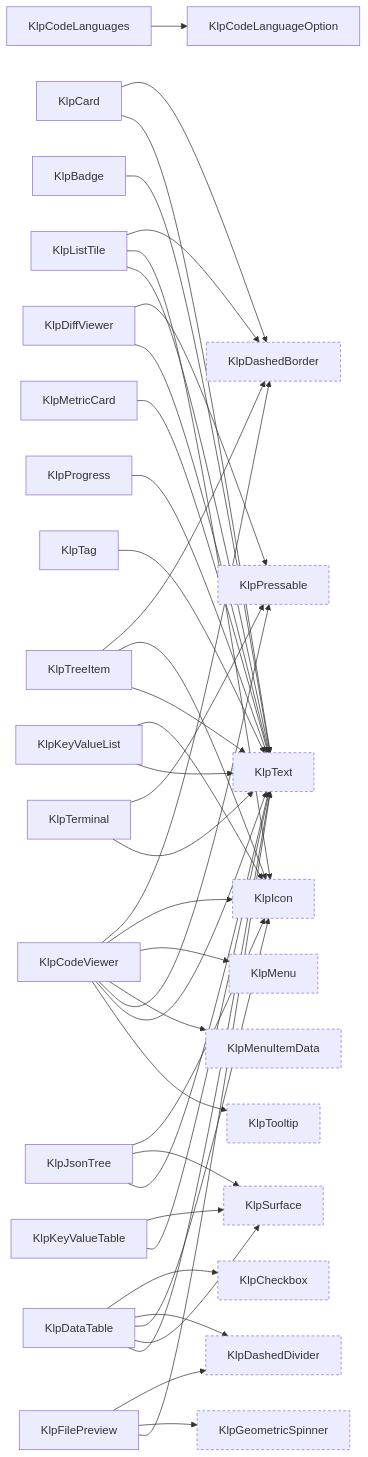
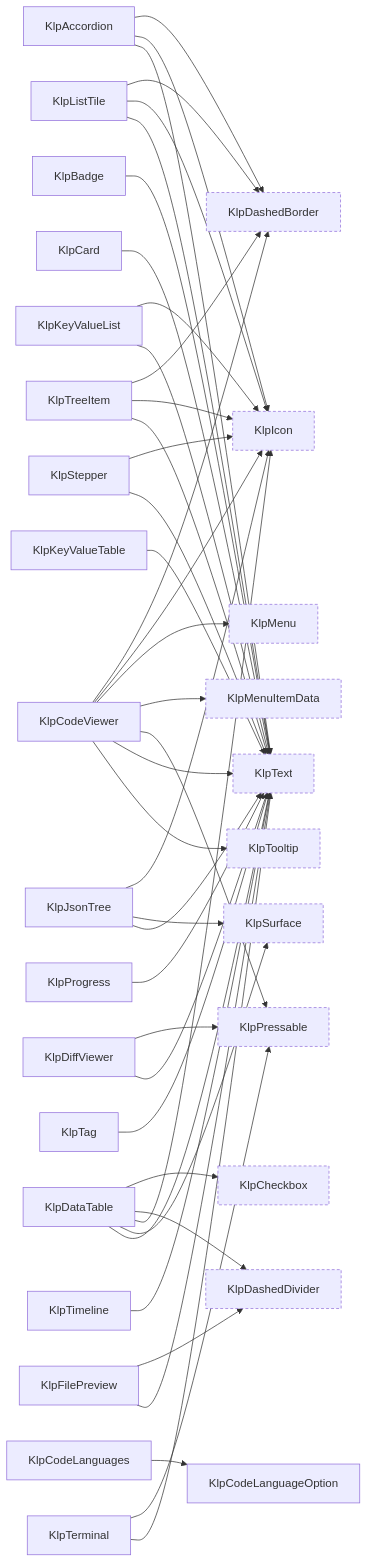
Before and after one commit to MiuDog/Kallopis: the tenth of 16 diagrams in spec/component-inventory.md, drawn with Mermaid. The commit also changed other lines of this file and 8 other files, not shown here.

First line of the commit message:
feat(data): add KlpAccordion, KlpStepper, KlpTimeline

````diff
--- a/spec/component-inventory.md
+++ b/spec/component-inventory.md
@@ -520,71 +508,74 @@
 ```mermaid
 graph LR
+  KlpAccordion["KlpAccordion"]
   KlpBadge["KlpBadge"]
   KlpCard["KlpCard"]
   KlpCheckbox["KlpCheckbox"]:::external
   KlpCodeLanguageOption["KlpCodeLanguageOption"]
   KlpCodeLanguages["KlpCodeLanguages"]
   KlpCodeViewer["KlpCodeViewer"]
   KlpDashedBorder["KlpDashedBorder"]:::external
   KlpDashedDivider["KlpDashedDivider"]:::external
   KlpDataTable["KlpDataTable"]
   KlpDiffViewer["KlpDiffViewer"]
   KlpFilePreview["KlpFilePreview"]
-  KlpGeometricSpinner["KlpGeometricSpinner"]:::external
   KlpIcon["KlpIcon"]:::external
   KlpJsonTree["KlpJsonTree"]
   KlpKeyValueList["KlpKeyValueList"]
   KlpKeyValueTable["KlpKeyValueTable"]
   KlpListTile["KlpListTile"]
   KlpMenu["KlpMenu"]:::external
   KlpMenuItemData["KlpMenuItemData"]:::external
-  KlpMetricCard["KlpMetricCard"]
   KlpPressable["KlpPressable"]:::external
   KlpProgress["KlpProgress"]
+  KlpStepper["KlpStepper"]
   KlpSurface["KlpSurface"]:::external
   KlpTag["KlpTag"]
   KlpTerminal["KlpTerminal"]
   KlpText["KlpText"]:::external
+  KlpTimeline["KlpTimeline"]
   KlpTooltip["KlpTooltip"]:::external
   KlpTreeItem["KlpTreeItem"]
+  KlpAccordion --> KlpDashedBorder
+  KlpAccordion --> KlpIcon
+  KlpAccordion --> KlpText
   KlpBadge --> KlpText
-  KlpCard --> KlpDashedBorder
   KlpCard --> KlpText
   KlpCodeLanguages --> KlpCodeLanguageOption
   KlpCodeViewer --> KlpDashedBorder
   KlpCodeViewer --> KlpIcon
   KlpCodeViewer --> KlpMenu
   KlpCodeViewer --> KlpMenuItemData
   KlpCodeViewer --> KlpPressable
   KlpCodeViewer --> KlpText
   KlpCodeViewer --> KlpTooltip
   KlpDataTable --> KlpCheckbox
   KlpDataTable --> KlpDashedDivider
   KlpDataTable --> KlpIcon
   KlpDataTable --> KlpSurface
   KlpDataTable --> KlpText
   KlpDiffViewer --> KlpPressable
   KlpDiffViewer --> KlpText
   KlpFilePreview --> KlpDashedDivider
-  KlpFilePreview --> KlpGeometricSpinner
   KlpFilePreview --> KlpText
   KlpJsonTree --> KlpIcon
   KlpJsonTree --> KlpSurface
   KlpJsonTree --> KlpText
   KlpKeyValueList --> KlpIcon
   KlpKeyValueList --> KlpText
-  KlpKeyValueTable --> KlpSurface
   KlpKeyValueTable --> KlpText
   KlpListTile --> KlpDashedBorder
   KlpListTile --> KlpIcon
   KlpListTile --> KlpText
-  KlpMetricCard --> KlpText
   KlpProgress --> KlpText
+  KlpStepper --> KlpIcon
+  KlpStepper --> KlpText
   KlpTag --> KlpText
   KlpTerminal --> KlpPressable
   KlpTerminal --> KlpText
+  KlpTimeline --> KlpText
   KlpTreeItem --> KlpDashedBorder
   KlpTreeItem --> KlpIcon
   KlpTreeItem --> KlpText
   classDef external stroke-dasharray: 4 3;
 ```
````
